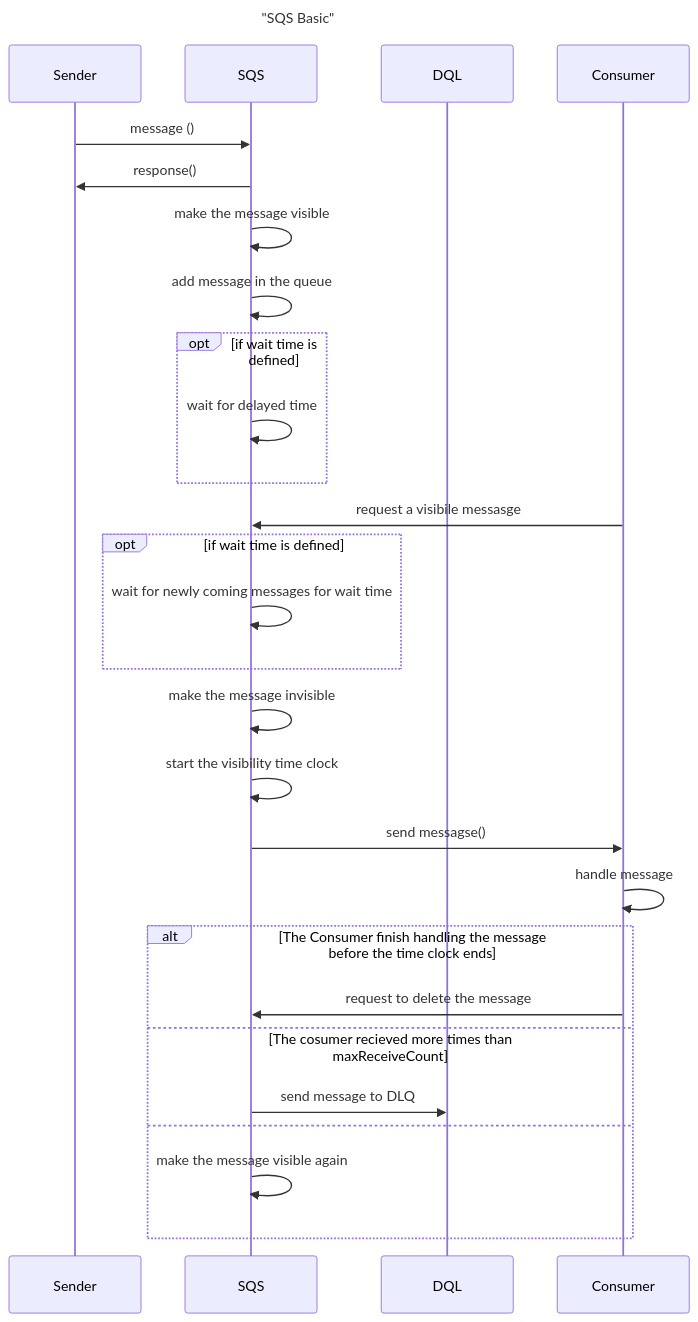
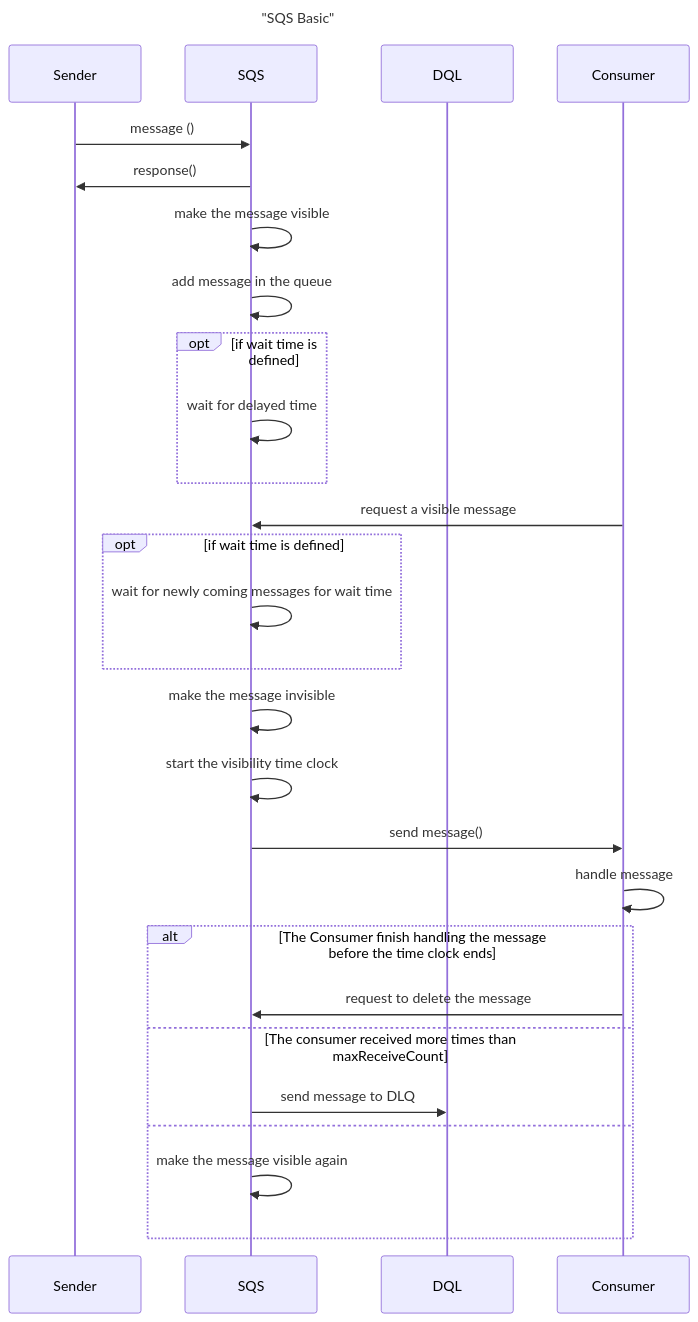
One commit to maclt/sequence-diagram changed the diagram in sqs.mermaid. Above: the diagram before and after it, drawn with Mermaid. The commit also changed 1 other file, not shown here.

Commit message:
update the diagram

```diff
--- a/sqs.mermaid
+++ b/sqs.mermaid
@@ -1,30 +1,30 @@
 sequenceDiagram
 title "SQS Basic"
 
 participant Sender
 participant SQS
 participant DQL
 participant Consumer
 
     Sender ->> SQS : message ()
     SQS ->> Sender: response()
     SQS ->> SQS: make the message visible
     SQS ->> SQS: add message in the queue
     opt if wait time is defined
         SQS ->> SQS: wait for delayed time
     end
-    Consumer ->> SQS: request a visibile messasge
+    Consumer ->> SQS: request a visible message
     opt if wait time is defined
         SQS ->> SQS: wait for newly coming messages for wait time
     end
     SQS ->> SQS: make the message invisible
     SQS ->> SQS: start the visibility time clock
-    SQS ->> Consumer: send messagse()
+    SQS ->> Consumer: send message()
     Consumer ->> Consumer: handle message
     alt The Consumer finish handling the message before the time clock ends
         Consumer ->> SQS: request to delete the message
-    else The cosumer recieved more times than maxReceiveCount
+    else The consumer received more times than maxReceiveCount
         SQS ->> DQL: send message to DLQ
     else
         SQS ->> SQS: make the message visible again
     end
```
